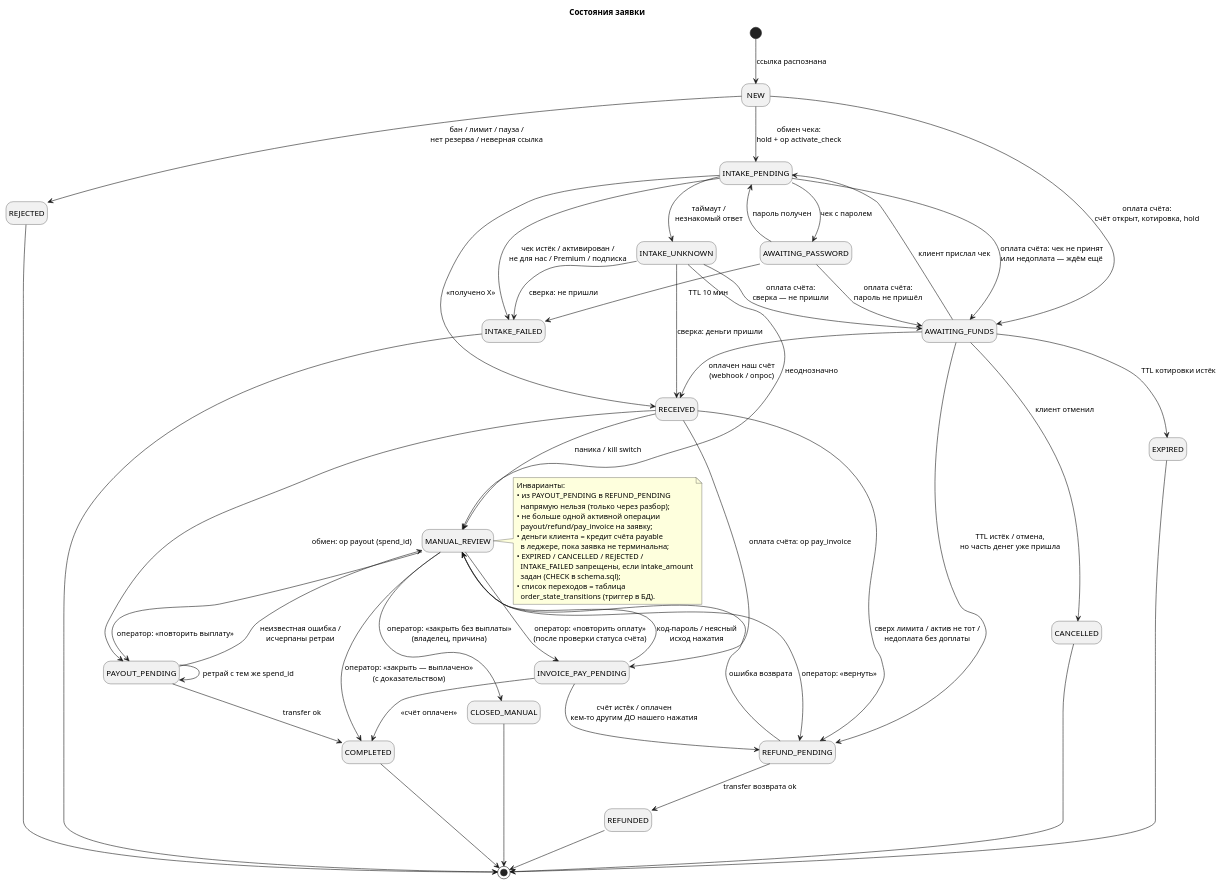
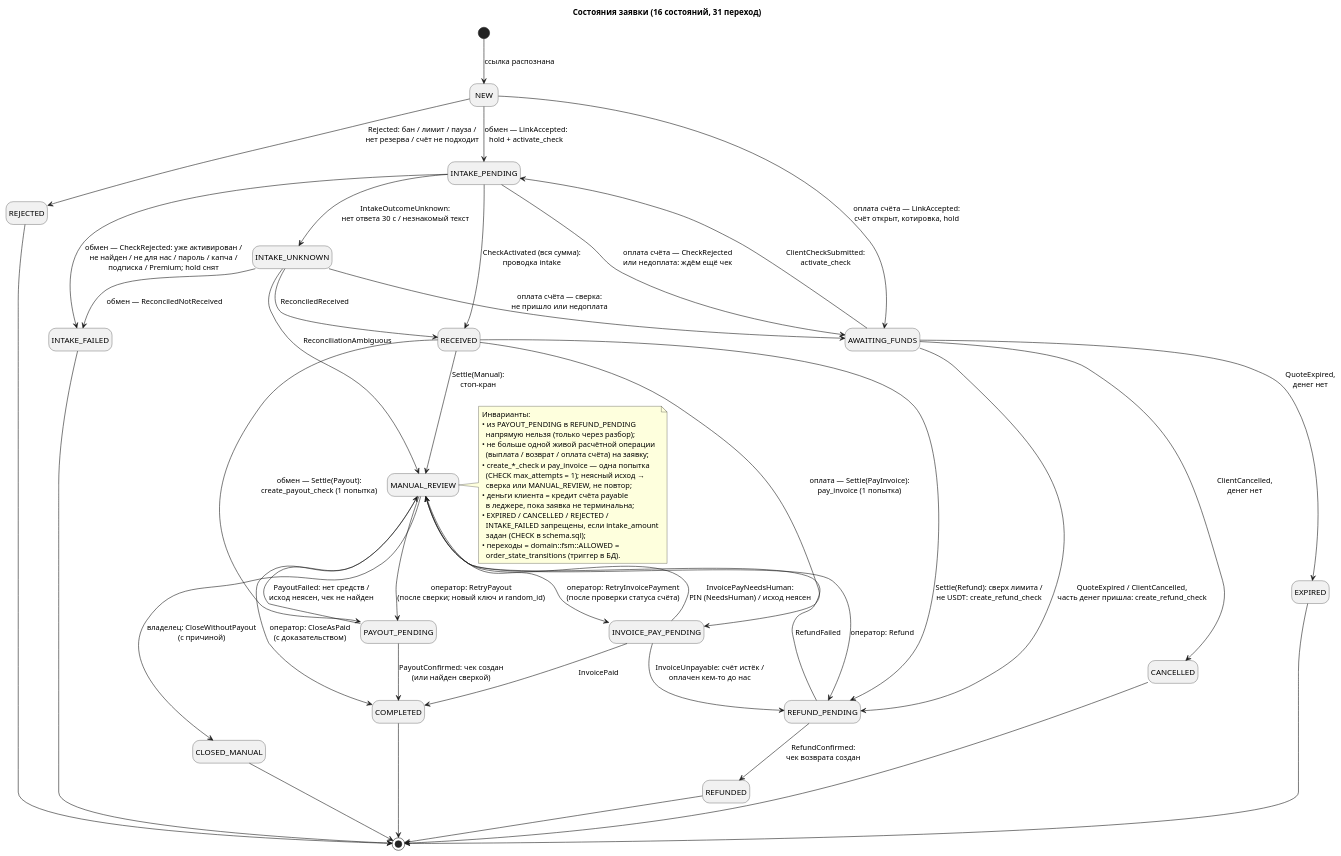
One commit to Nacebara/webquest changed the diagram in exchanger/diagrams/08-state-order.puml. Above: the diagram before and after it, drawn with PlantUML. The commit also changed 21 other files, not shown here.

First line of the commit message:
docs: diagrams v0.2 — userbot payouts and 31-transition state machine

```diff
--- a/exchanger/diagrams/08-state-order.puml
+++ b/exchanger/diagrams/08-state-order.puml
@@ -1,76 +1,76 @@
 @startuml state-order
-' Машина состояний заявки (orders.state)
+' Машина состояний заявки (orders.state), v0.2.
+' Переходы = domain::fsm::ALLOWED = order_state_transitions (31). Сверяется скриптом.
+' Подписи: событие FSM и главный эффект. Терминальные состояния ничего не принимают.
 skinparam shadowing false
 hide empty description
-title Состояния заявки
+title Состояния заявки (16 состояний, 31 переход)
 
 [*] --> NEW : ссылка распознана
 
-NEW --> REJECTED : бан / лимит / пауза /\nнет резерва / неверная ссылка
-NEW --> INTAKE_PENDING : обмен чека:\nhold + op activate_check
-NEW --> AWAITING_FUNDS : оплата счёта:\nсчёт открыт, котировка, hold
+NEW --> REJECTED : Rejected: бан / лимит / пауза /\nнет резерва / счёт не подходит
+NEW --> INTAKE_PENDING : обмен — LinkAccepted:\nhold + activate_check
+NEW --> AWAITING_FUNDS : оплата счёта — LinkAccepted:\nсчёт открыт, котировка, hold
 
-AWAITING_FUNDS --> INTAKE_PENDING : клиент прислал чек
-AWAITING_FUNDS --> RECEIVED : оплачен наш счёт\n(webhook / опрос)
-AWAITING_FUNDS --> EXPIRED : TTL котировки истёк
-AWAITING_FUNDS --> CANCELLED : клиент отменил
-AWAITING_FUNDS --> REFUND_PENDING : TTL истёк / отмена,\nно часть денег уже пришла
-INTAKE_PENDING --> AWAITING_FUNDS : оплата счёта: чек не принят\nили недоплата — ждём ещё
-AWAITING_PASSWORD --> AWAITING_FUNDS : оплата счёта:\nпароль не пришёл
-INTAKE_UNKNOWN --> AWAITING_FUNDS : оплата счёта:\nсверка — не пришли
+AWAITING_FUNDS --> INTAKE_PENDING : ClientCheckSubmitted:\nactivate_check
+AWAITING_FUNDS --> EXPIRED : QuoteExpired,\nденег нет
+AWAITING_FUNDS --> CANCELLED : ClientCancelled,\nденег нет
+AWAITING_FUNDS --> REFUND_PENDING : QuoteExpired / ClientCancelled,\nчасть денег пришла: create_refund_check
 
-INTAKE_PENDING --> RECEIVED : «получено X»
-INTAKE_PENDING --> INTAKE_FAILED : чек истёк / активирован /\nне для нас / Premium / подписка
-INTAKE_PENDING --> AWAITING_PASSWORD : чек с паролем
-AWAITING_PASSWORD --> INTAKE_PENDING : пароль получен
-AWAITING_PASSWORD --> INTAKE_FAILED : TTL 10 мин
-INTAKE_PENDING --> INTAKE_UNKNOWN : таймаут /\nнезнакомый ответ
-INTAKE_UNKNOWN --> RECEIVED : сверка: деньги пришли
-INTAKE_UNKNOWN --> INTAKE_FAILED : сверка: не пришли
-INTAKE_UNKNOWN --> MANUAL_REVIEW : неоднозначно
+INTAKE_PENDING --> RECEIVED : CheckActivated (вся сумма):\nпроводка intake
+INTAKE_PENDING --> INTAKE_FAILED : обмен — CheckRejected: уже активирован /\nне найден / не для нас / пароль / капча /\nподписка / Premium; hold снят
+INTAKE_PENDING --> INTAKE_UNKNOWN : IntakeOutcomeUnknown:\nнет ответа 30 с / незнакомый текст
+INTAKE_PENDING --> AWAITING_FUNDS : оплата счёта — CheckRejected\nили недоплата: ждём ещё чек
 
-RECEIVED --> PAYOUT_PENDING : обмен: op payout (spend_id)
-RECEIVED --> INVOICE_PAY_PENDING : оплата счёта: op pay_invoice
-RECEIVED --> REFUND_PENDING : сверх лимита / актив не тот /\nнедоплата без доплаты
-RECEIVED --> MANUAL_REVIEW : паника / kill switch
+INTAKE_UNKNOWN --> RECEIVED : ReconciledReceived
+INTAKE_UNKNOWN --> INTAKE_FAILED : обмен — ReconciledNotReceived
+INTAKE_UNKNOWN --> MANUAL_REVIEW : ReconciliationAmbiguous
+INTAKE_UNKNOWN --> AWAITING_FUNDS : оплата счёта — сверка:\nне пришло или недоплата
 
-PAYOUT_PENDING --> COMPLETED : transfer ok
-PAYOUT_PENDING --> PAYOUT_PENDING : ретрай с тем же spend_id
-PAYOUT_PENDING --> MANUAL_REVIEW : неизвестная ошибка /\nисчерпаны ретраи
+RECEIVED --> PAYOUT_PENDING : обмен — Settle(Payout):\ncreate_payout_check (1 попытка)
+RECEIVED --> INVOICE_PAY_PENDING : оплата — Settle(PayInvoice):\npay_invoice (1 попытка)
+RECEIVED --> REFUND_PENDING : Settle(Refund): сверх лимита /\nне USDT: create_refund_check
+RECEIVED --> MANUAL_REVIEW : Settle(Manual):\nстоп-кран
 
-INVOICE_PAY_PENDING --> COMPLETED : «счёт оплачен»
-INVOICE_PAY_PENDING --> REFUND_PENDING : счёт истёк / оплачен\nкем-то другим ДО нашего нажатия
-INVOICE_PAY_PENDING --> MANUAL_REVIEW : код-пароль / неясный\nисход нажатия
+PAYOUT_PENDING --> COMPLETED : PayoutConfirmed: чек создан\n(или найден сверкой)
+PAYOUT_PENDING --> MANUAL_REVIEW : PayoutFailed: нет средств /\nисход неясен, чек не найден
 
-REFUND_PENDING --> REFUNDED : transfer возврата ok
-REFUND_PENDING --> MANUAL_REVIEW : ошибка возврата
+INVOICE_PAY_PENDING --> COMPLETED : InvoicePaid
+INVOICE_PAY_PENDING --> REFUND_PENDING : InvoiceUnpayable: счёт истёк /\nоплачен кем-то до нас
+INVOICE_PAY_PENDING --> MANUAL_REVIEW : InvoicePayNeedsHuman:\nPIN (NeedsHuman) / исход неясен
 
-MANUAL_REVIEW --> PAYOUT_PENDING : оператор: «повторить выплату»
-MANUAL_REVIEW --> REFUND_PENDING : оператор: «вернуть»
-MANUAL_REVIEW --> COMPLETED : оператор: «закрыть — выплачено»\n(с доказательством)
-MANUAL_REVIEW --> CLOSED_MANUAL : оператор: «закрыть без выплаты»\n(владелец, причина)
-MANUAL_REVIEW --> INVOICE_PAY_PENDING : оператор: «повторить оплату»\n(после проверки статуса счёта)
+REFUND_PENDING --> REFUNDED : RefundConfirmed:\nчек возврата создан
+REFUND_PENDING --> MANUAL_REVIEW : RefundFailed
+
+MANUAL_REVIEW --> PAYOUT_PENDING : оператор: RetryPayout\n(после сверки; новый ключ и random_id)
+MANUAL_REVIEW --> INVOICE_PAY_PENDING : оператор: RetryInvoicePayment\n(после проверки статуса счёта)
+MANUAL_REVIEW --> REFUND_PENDING : оператор: Refund
+MANUAL_REVIEW --> COMPLETED : оператор: CloseAsPaid\n(с доказательством)
+MANUAL_REVIEW --> CLOSED_MANUAL : владелец: CloseWithoutPayout\n(с причиной)
 
 REJECTED --> [*]
 INTAKE_FAILED --> [*]
 EXPIRED --> [*]
 CANCELLED --> [*]
 COMPLETED --> [*]
 REFUNDED --> [*]
 CLOSED_MANUAL --> [*]
 
 note right of MANUAL_REVIEW
   Инварианты:
   • из PAYOUT_PENDING в REFUND_PENDING
     напрямую нельзя (только через разбор);
-  • не больше одной активной операции
-    payout/refund/pay_invoice на заявку;
+  • не больше одной живой расчётной операции
+    (выплата / возврат / оплата счёта) на заявку;
+  • create_*_check и pay_invoice — одна попытка
+    (CHECK max_attempts = 1); неясный исход →
+    сверка или MANUAL_REVIEW, не повтор;
   • деньги клиента = кредит счёта payable
     в леджере, пока заявка не терминальна;
   • EXPIRED / CANCELLED / REJECTED /
     INTAKE_FAILED запрещены, если intake_amount
     задан (CHECK в schema.sql);
-  • список переходов = таблица
+  • переходы = domain::fsm::ALLOWED =
     order_state_transitions (триггер в БД).
 end note
 @enduml
```
